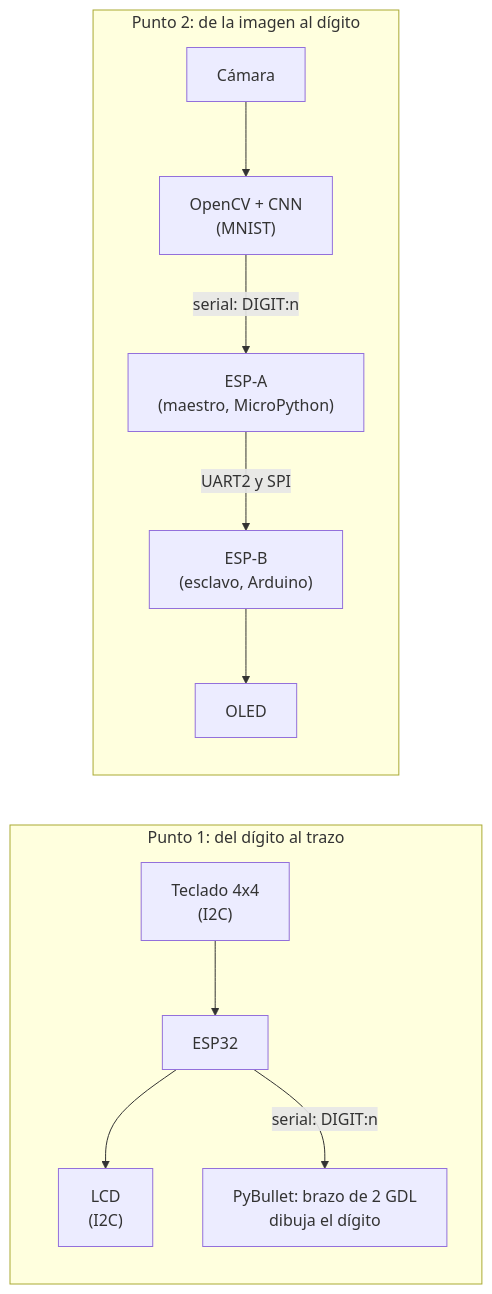
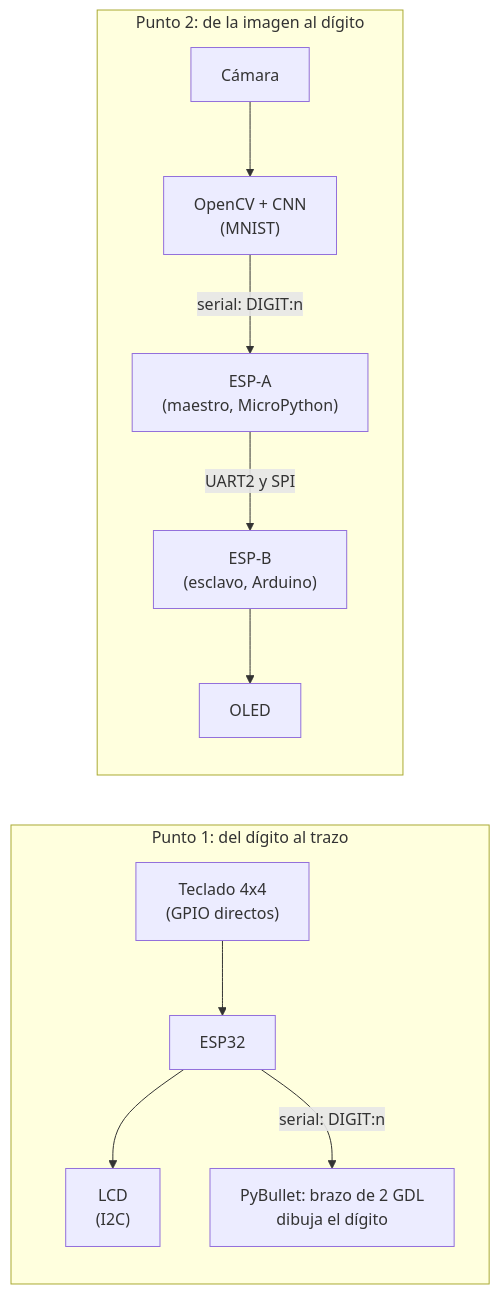
Before and after one commit to Dathinel/Sensores-Teoria: the diagram in 8-digitos-brazo-y-vision/README.md, drawn with Mermaid. The commit also changed other lines of this file and 3 other files, not shown here.

First line of the commit message:
Tema 8 punto 1: teclado matricial directo a GPIO (filas 14/27/26/25, columnas 33/32/18/19)

````diff
--- a/8-digitos-brazo-y-vision/README.md
+++ b/8-digitos-brazo-y-vision/README.md
@@ -27,11 +27,11 @@
 ```mermaid
 flowchart LR
     subgraph P1["Punto 1: del dígito al trazo"]
-        T["Teclado 4x4<br/>(I2C)"] --> E1["ESP32"] --> L["LCD<br/>(I2C)"]
+        T["Teclado 4x4<br/>(GPIO directos)"] --> E1["ESP32"] --> L["LCD<br/>(I2C)"]
         E1 -- "serial: DIGIT:n" --> B["PyBullet: brazo de 2 GDL<br/>dibuja el dígito"]
     end
     subgraph P2["Punto 2: de la imagen al dígito"]
         C["Cámara"] --> CNN["OpenCV + CNN<br/>(MNIST)"] -- "serial: DIGIT:n" --> A["ESP-A<br/>(maestro, MicroPython)"]
         A -- "UART2 y SPI" --> BB["ESP-B<br/>(esclavo, Arduino)"] --> O["OLED"]
     end
 ```
````
